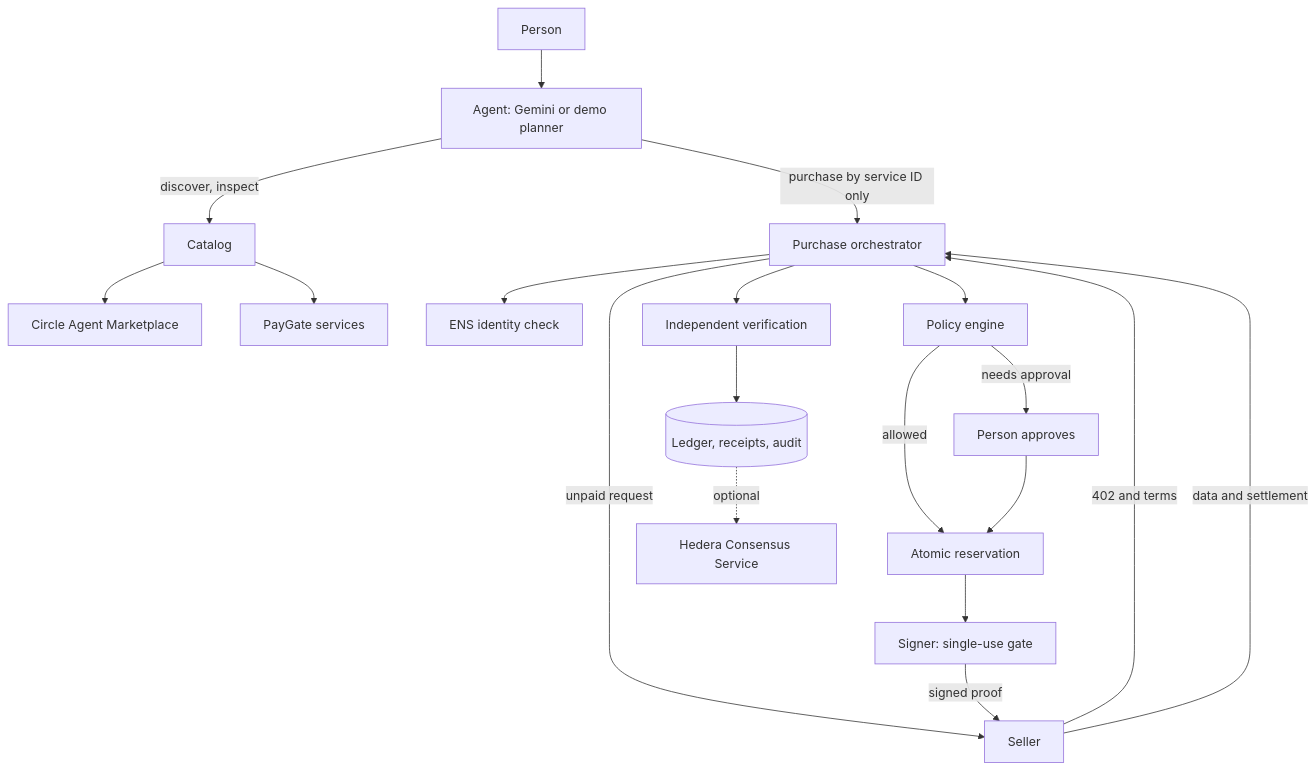
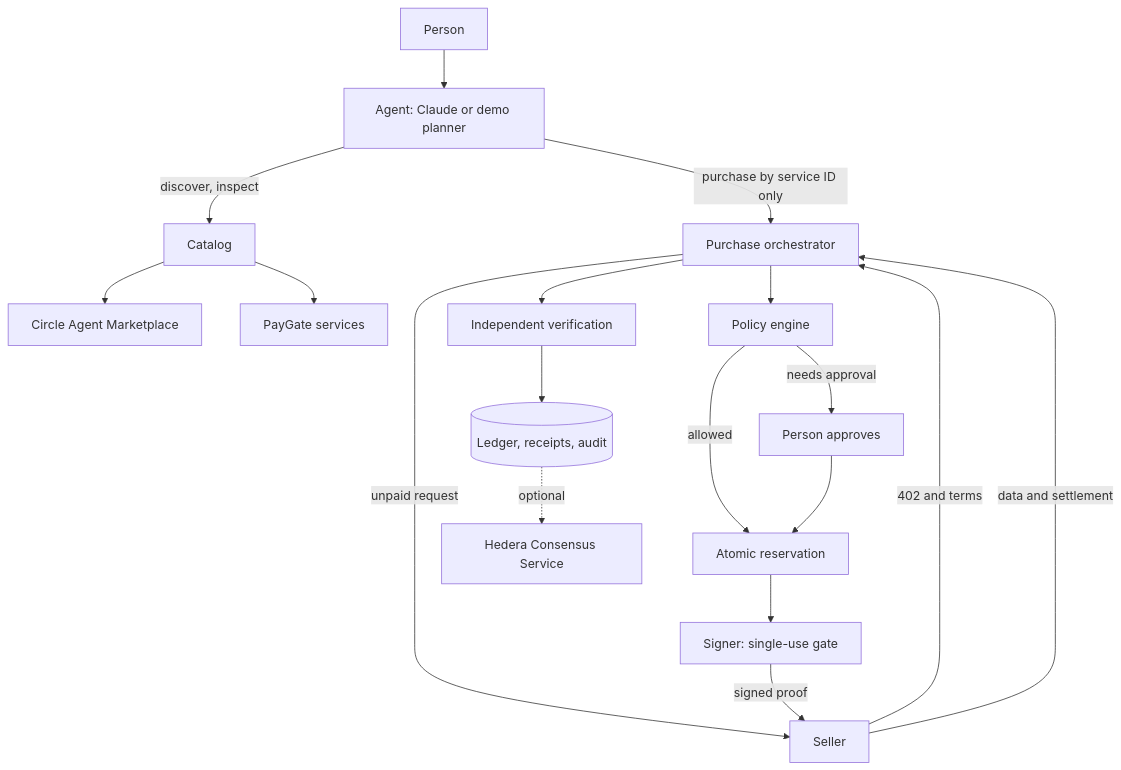
One commit to d-even/Spica changed the diagram in README.md. Above: the diagram before and after it, drawn with Mermaid. The commit also changed other lines of this file and 31 other files, not shown here.

Commit message:
Use Gemini for the agent

````diff
--- a/README.md
+++ b/README.md
@@ -68,21 +33,20 @@
 ```mermaid
 flowchart TD
-    U[Person] --> A[Agent: Gemini or demo planner]
+    U[Person] --> A[Agent: Claude or demo planner]
     A -->|discover, inspect| C[Catalog]
     C --> CM[Circle Agent Marketplace]
     C --> PG[PayGate services]
     A -->|purchase by service ID only| P[Purchase orchestrator]
     P -->|unpaid request| S[Seller]
     S -->|402 and terms| P
-    P --> E[ENS identity check]
     P --> F[Policy engine]
     F -->|needs approval| H[Person approves]
     F -->|allowed| R[Atomic reservation]
     H --> R
     R --> K[Signer: single-use gate]
     K -->|signed proof| S
     S -->|data and settlement| P
     P --> V[Independent verification]
     V --> L[(Ledger, receipts, audit)]
     L -.optional.-> HCS[Hedera Consensus Service]
 ```
````
